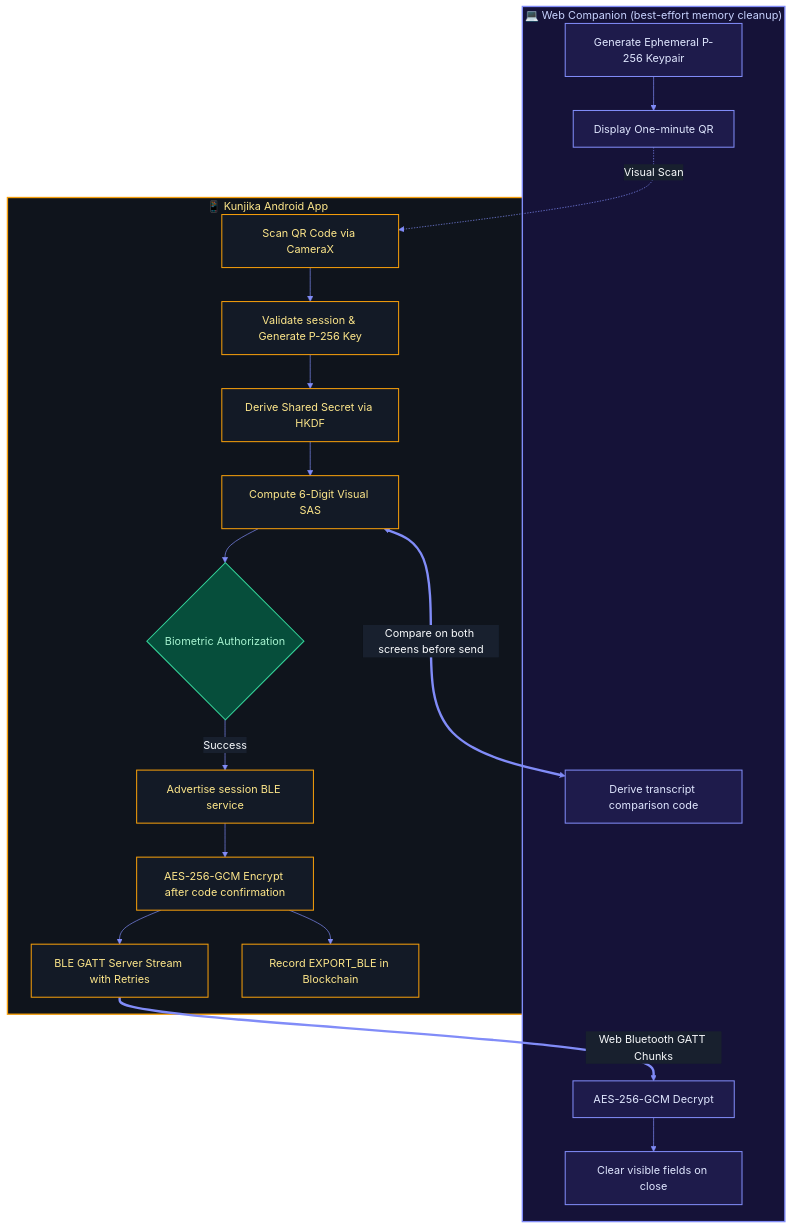
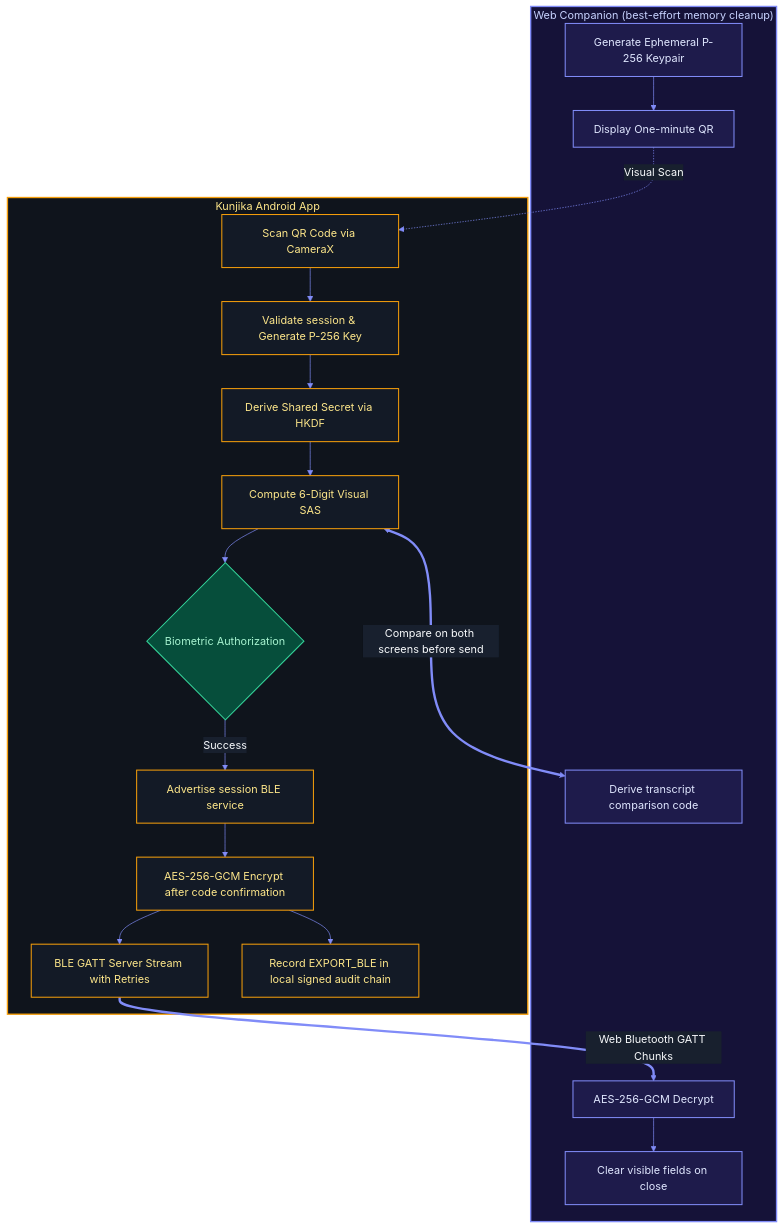
The third of 3 diagrams in docs/security.md (dwinsi/kunjika), drawn with Mermaid before and after one commit. The commit also changed other lines of this file and 11 other files, not shown here.

````diff
--- a/docs/security.md
+++ b/docs/security.md
@@ -169,51 +169,51 @@
 ```mermaid
 %%{init: {
   'theme': 'base',
   'themeVariables': {
     'darkMode': true,
     'background': '#07090E',
     'mainBkg': '#0F141C',
     'primaryColor': '#131A26',
     'primaryTextColor': '#F8FAFC',
     'primaryBorderColor': '#F59E0B',
     'lineColor': '#818CF8',
     'clusterBkg': '#0F141C',
     'clusterBorder': '#2B374A',
     'edgeLabelBackground': '#18202E'
   }
 }}%%
 graph TD
-    subgraph Browser ["💻 Web Companion (best-effort memory cleanup)"]
+    subgraph Browser [" Web Companion (best-effort memory cleanup)"]
         B_KP[Generate Ephemeral P-256 Keypair] --> QR[Display One-minute QR]
         B_SAS[Derive transcript comparison code]
         B_DEC[AES-256-GCM Decrypt]
         WIPE[Clear visible fields on close]
     end
 
-    subgraph Phone ["📱 Kunjika Android App"]
+    subgraph Phone [" Kunjika Android App"]
         CAM[Scan QR Code via CameraX] --> P_KP[Validate session & Generate P-256 Key]
         P_KP --> ECDH[Derive Shared Secret via HKDF]
         ECDH --> P_SAS[Compute 6-Digit Visual SAS]
         P_SAS --> BIO{Biometric Authorization}
         BIO -->|Success| P_ADV[Advertise session BLE service]
         P_ADV --> P_ENC[AES-256-GCM Encrypt after code confirmation]
         P_ENC --> BLE_TX[BLE GATT Server Stream with Retries]
-        P_ENC --> LEDGER[Record EXPORT_BLE in Blockchain]
+        P_ENC --> LEDGER[Record EXPORT_BLE in local signed audit chain]
     end
 
     QR -.->|Visual Scan| CAM
     P_SAS <===>|Compare on both screens before send| B_SAS
     BLE_TX ==>|Web Bluetooth GATT Chunks| B_DEC
     B_DEC --> WIPE
 
     classDef browserNode fill:#1E1B4B,stroke:#818CF8,stroke-width:1.5px,color:#E0E7FF;
     classDef phoneNode fill:#131A26,stroke:#F59E0B,stroke-width:1.5px,color:#FDE68A;
     classDef greenNode fill:#064E3B,stroke:#34D399,stroke-width:1.5px,color:#A7F3D0;
 
     class B_KP,QR,B_SAS,B_DEC,WIPE browserNode;
     class CAM,P_KP,ECDH,P_SAS,BIO,P_ADV,P_ENC,BLE_TX,LEDGER phoneNode;
     class BIO greenNode;
 
     style Browser fill:#151238,stroke:#818CF8,stroke-width:2px,color:#C7D2FE
     style Phone fill:#0F141C,stroke:#F59E0B,stroke-width:2px,color:#FDE68A
 ```
````
